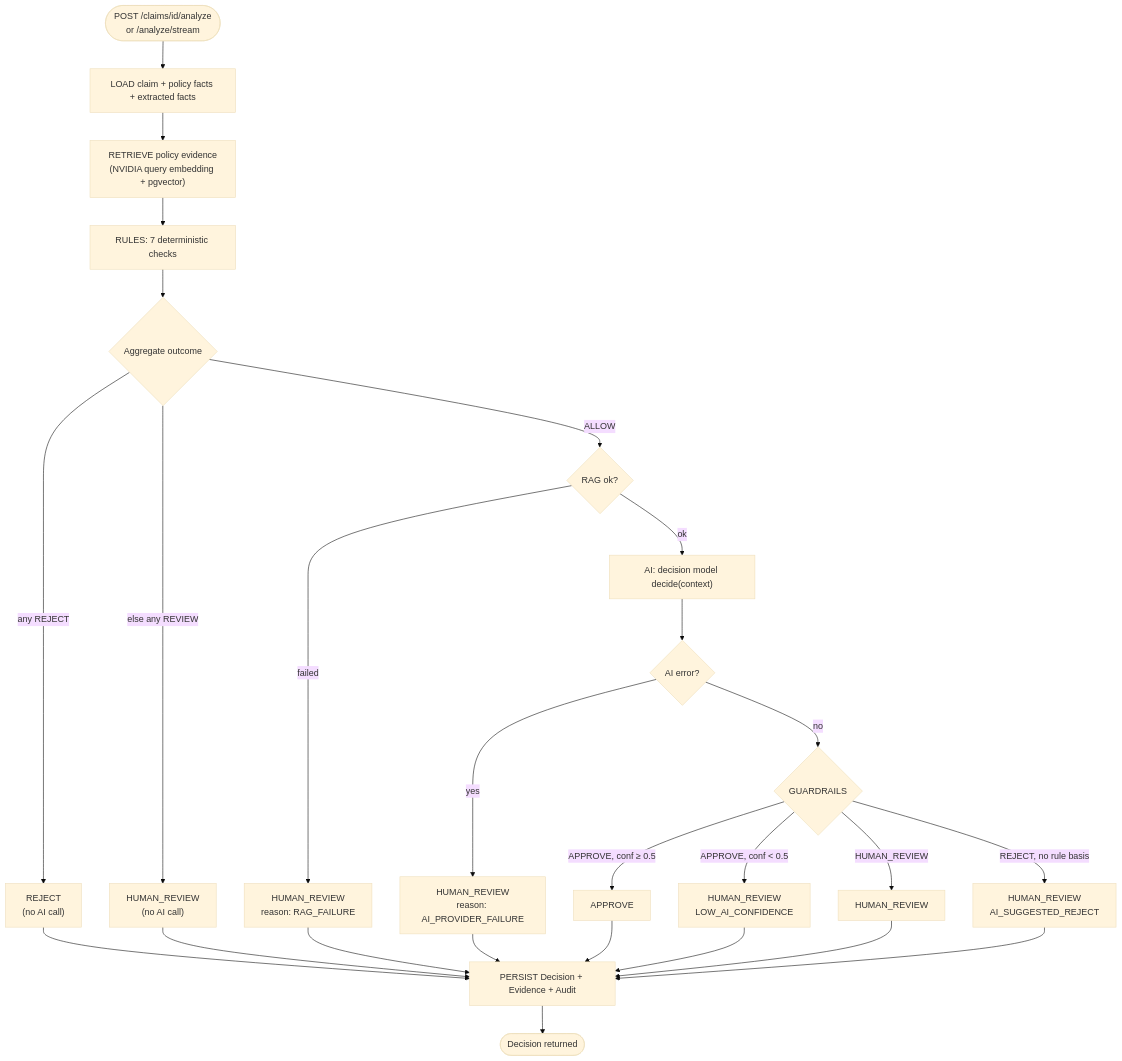
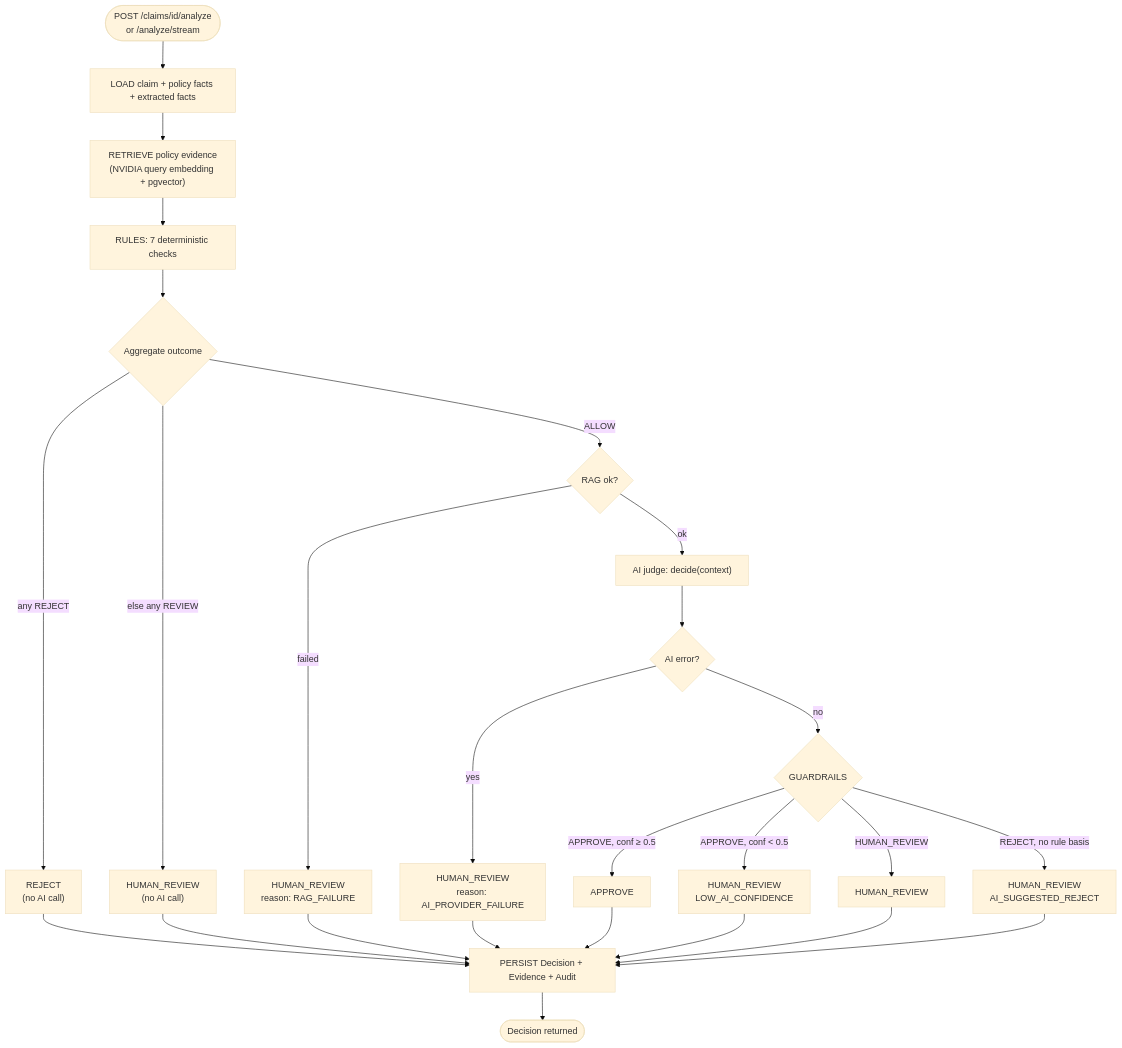
The third of 14 diagrams in PROJECT.md (arshdeep3010/health-claim-decision-agent), drawn with Mermaid (base theme) before and after one commit. The commit also changed other lines of this file and 2 other files, not shown here.

Commit message:
Docs: AI judge is Nemotron 3.5 Bolt on NVIDIA NIM; decision model kept as an optional engine

````diff
--- a/PROJECT.md
+++ b/PROJECT.md
@@ -147,26 +147,26 @@
 ```mermaid
 flowchart TD
   start(["POST /claims/id/analyze<br/>or /analyze/stream"]) --> load["LOAD claim + policy facts + extracted facts"]
   load --> ragq["RETRIEVE policy evidence<br/>(NVIDIA query embedding + pgvector)"]
   ragq --> rules["RULES: 7 deterministic checks"]
   rules --> agg{"Aggregate outcome"}
 
   agg -->|any REJECT| rej["REJECT<br/>(no AI call)"]
   agg -->|else any REVIEW| rev["HUMAN_REVIEW<br/>(no AI call)"]
   agg -->|ALLOW| ragok{"RAG ok?"}
 
   ragok -->|failed| revR["HUMAN_REVIEW<br/>reason: RAG_FAILURE"]
-  ragok -->|ok| aicall["AI: decision model decide(context)"]
+  ragok -->|ok| aicall["AI judge: decide(context)"]
 
   aicall --> aifail{"AI error?"}
   aifail -->|yes| revA["HUMAN_REVIEW<br/>reason: AI_PROVIDER_FAILURE"]
   aifail -->|no| fuse{"GUARDRAILS"}
 
   fuse -->|APPROVE, conf ≥ 0.5| app["APPROVE"]
   fuse -->|APPROVE, conf < 0.5| revC["HUMAN_REVIEW<br/>LOW_AI_CONFIDENCE"]
   fuse -->|HUMAN_REVIEW| revH["HUMAN_REVIEW"]
   fuse -->|REJECT, no rule basis| revJ["HUMAN_REVIEW<br/>AI_SUGGESTED_REJECT"]
 
   rej & rev & revR & revA & app & revC & revH & revJ --> persist["PERSIST Decision + Evidence + Audit"]
   persist --> done(["Decision returned"])
 ```
````
